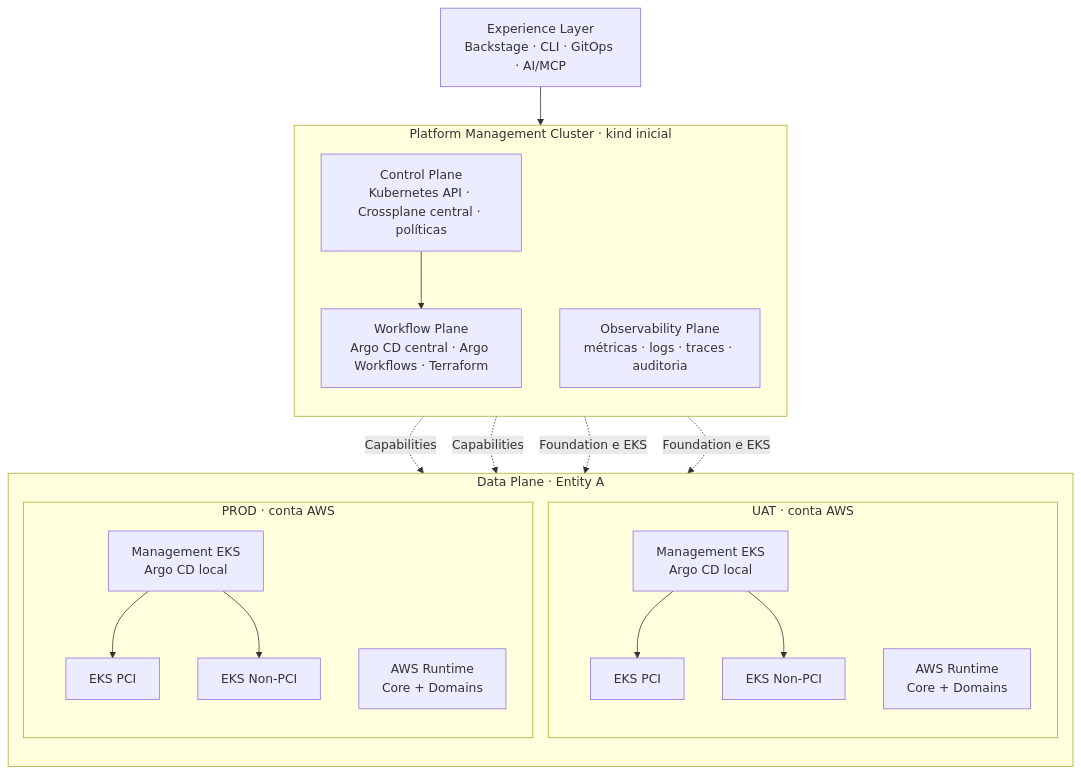
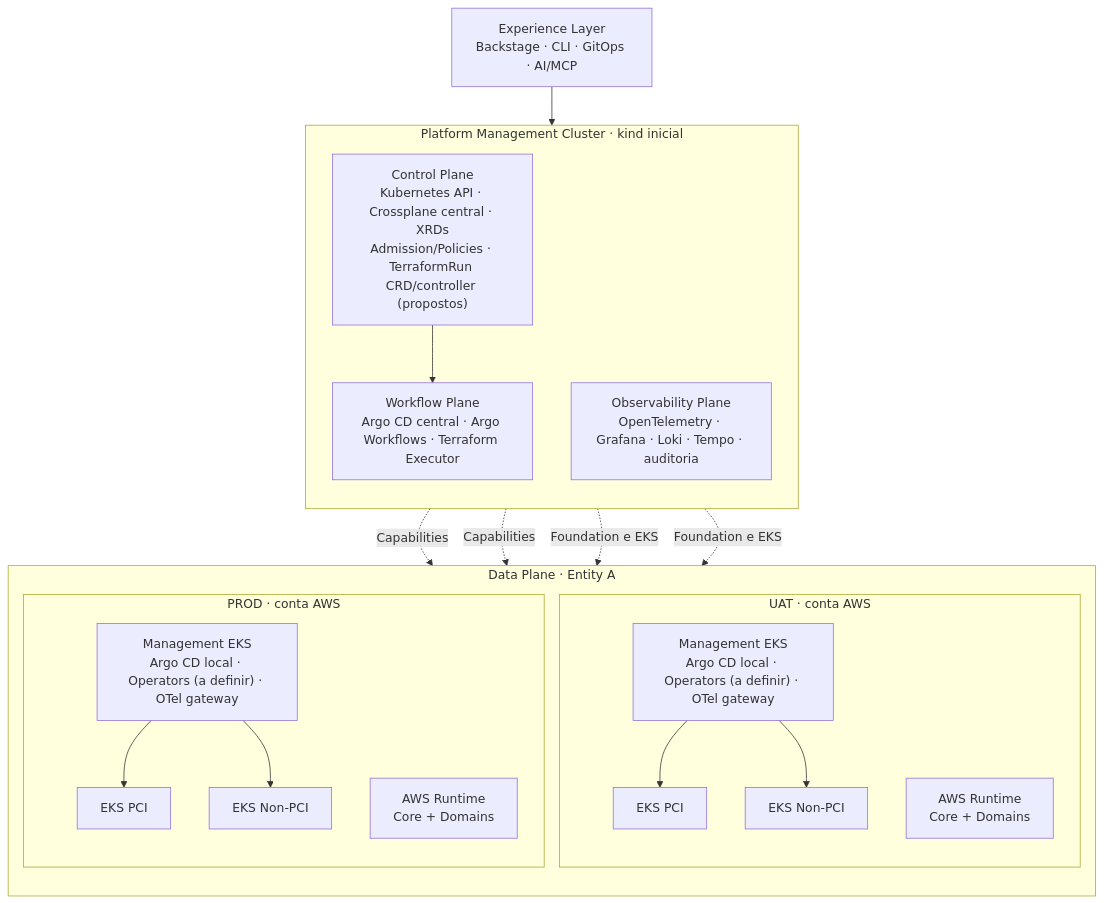
The first of 3 diagrams in docs/architecture.md (DavidFerreira21/platform-engineering-poc), drawn with Mermaid before and after one commit. The commit also changed other lines of this file, not shown here.

Commit message:
docs: refletir TerraformRun, Domain Applications e observabilidade na arquitetura

````diff
--- a/docs/architecture.md
+++ b/docs/architecture.md
@@ -21,35 +21,35 @@
 ```mermaid
 flowchart TB
   E["Experience Layer<br/>Backstage · CLI · GitOps · AI/MCP"]
   subgraph HUB["Platform Management Cluster · kind inicial"]
     direction TB
-    CP["Control Plane<br/>Kubernetes API · Crossplane central · políticas"]
-    WF["Workflow Plane<br/>Argo CD central · Argo Workflows · Terraform"]
-    OB["Observability Plane<br/>métricas · logs · traces · auditoria"]
+    CP["Control Plane<br/>Kubernetes API · Crossplane central · XRDs<br/>Admission/Policies · TerraformRun CRD/controller (propostos)"]
+    WF["Workflow Plane<br/>Argo CD central · Argo Workflows · Terraform Executor"]
+    OB["Observability Plane<br/>OpenTelemetry · Grafana · Loki · Tempo · auditoria"]
     CP --> WF
   end
   subgraph DP["Data Plane · Entity A"]
     direction TB
     subgraph U["UAT · conta AWS"]
-      UM["Management EKS<br/>Argo CD local"]
+      UM["Management EKS<br/>Argo CD local · Operators (a definir) · OTel gateway"]
       UP["EKS PCI"]
       UN["EKS Non-PCI"]
       UR["AWS Runtime<br/>Core + Domains"]
       UM --> UP
       UM --> UN
     end
     subgraph P["PROD · conta AWS"]
-      PM["Management EKS<br/>Argo CD local"]
+      PM["Management EKS<br/>Argo CD local · Operators (a definir) · OTel gateway"]
       PP["EKS PCI"]
       PN["EKS Non-PCI"]
       PR["AWS Runtime<br/>Core + Domains"]
       PM --> PP
       PM --> PN
     end
   end
   E --> CP
   CP -. "Capabilities" .-> UR
   CP -. "Capabilities" .-> PR
   WF -. "Foundation e EKS" .-> UM
   WF -. "Foundation e EKS" .-> PM
 ```
````
